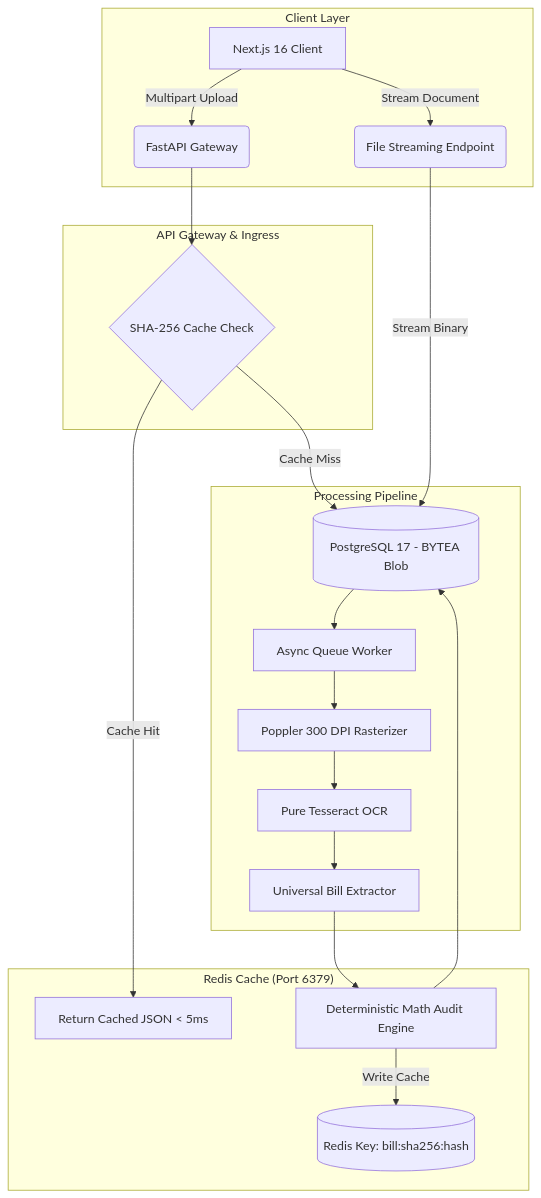
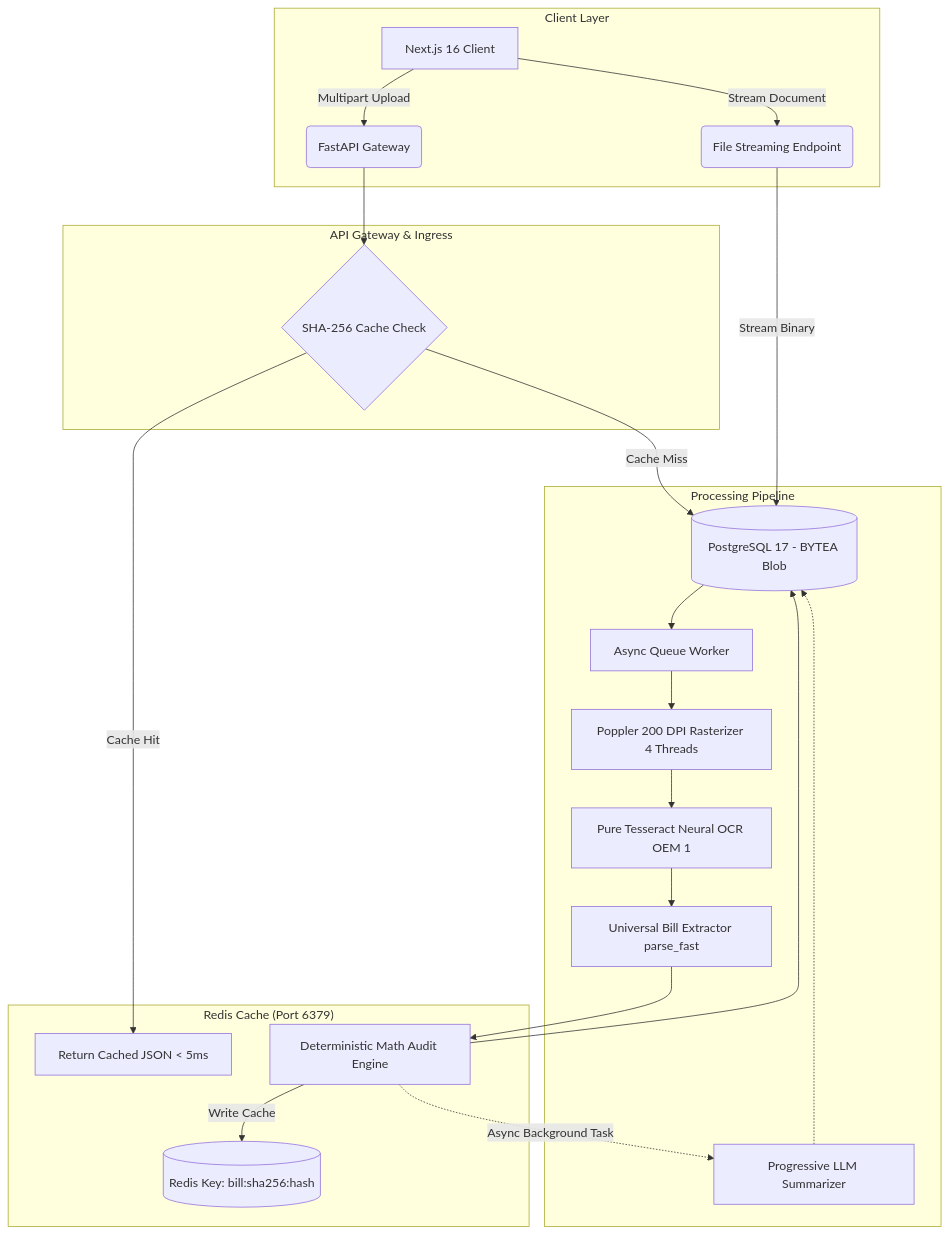
The diagram in docs/ARCHITECTURE_HLD_LLD.md (SahilSinha3/Billings-OCR-jouleWise), drawn with Mermaid before and after one commit. The commit also changed other lines of this file and 1 other file, not shown here.

Commit message:
docs: update system architecture and engineering docs for CSS modules, decoupled OCR pipeline, and CSV export

````diff
--- a/docs/ARCHITECTURE_HLD_LLD.md
+++ b/docs/ARCHITECTURE_HLD_LLD.md
@@ -22,28 +22,30 @@
 ```mermaid
 flowchart TD
     subgraph Client ["Client Layer"]
         A[Next.js 16 Client] -->|Multipart Upload| B(FastAPI Gateway)
         A -->|Stream Document| G(File Streaming Endpoint)
     end
 
     subgraph Ingress ["API Gateway & Ingress"]
         B --> C{SHA-256 Cache Check}
     end
 
     subgraph Caching ["Redis Cache (Port 6379)"]
         C -->|Cache Hit| D[Return Cached JSON < 5ms]
         K -->|Write Cache| L[(Redis Key: bill:sha256:hash)]
     end
 
     subgraph Pipeline ["Processing Pipeline"]
         C -->|Cache Miss| E[(PostgreSQL 17 - BYTEA Blob)]
         E --> F[Async Queue Worker]
-        F --> H[Poppler 300 DPI Rasterizer]
-        H --> I[Pure Tesseract OCR]
-        I --> J[Universal Bill Extractor]
+        F --> H[Poppler 200 DPI Rasterizer 4 Threads]
+        H --> I[Pure Tesseract Neural OCR OEM 1]
+        I --> J[Universal Bill Extractor parse_fast]
         J --> K[Deterministic Math Audit Engine]
         K --> E
+        K -.->|Async Background Task| M[Progressive LLM Summarizer]
+        M -.-> E
     end
 
     G -->|Stream Binary| E
 ```
````
